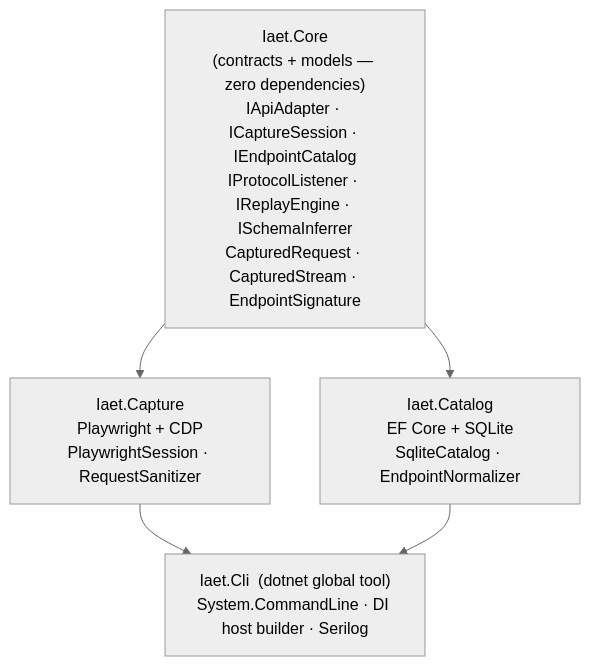
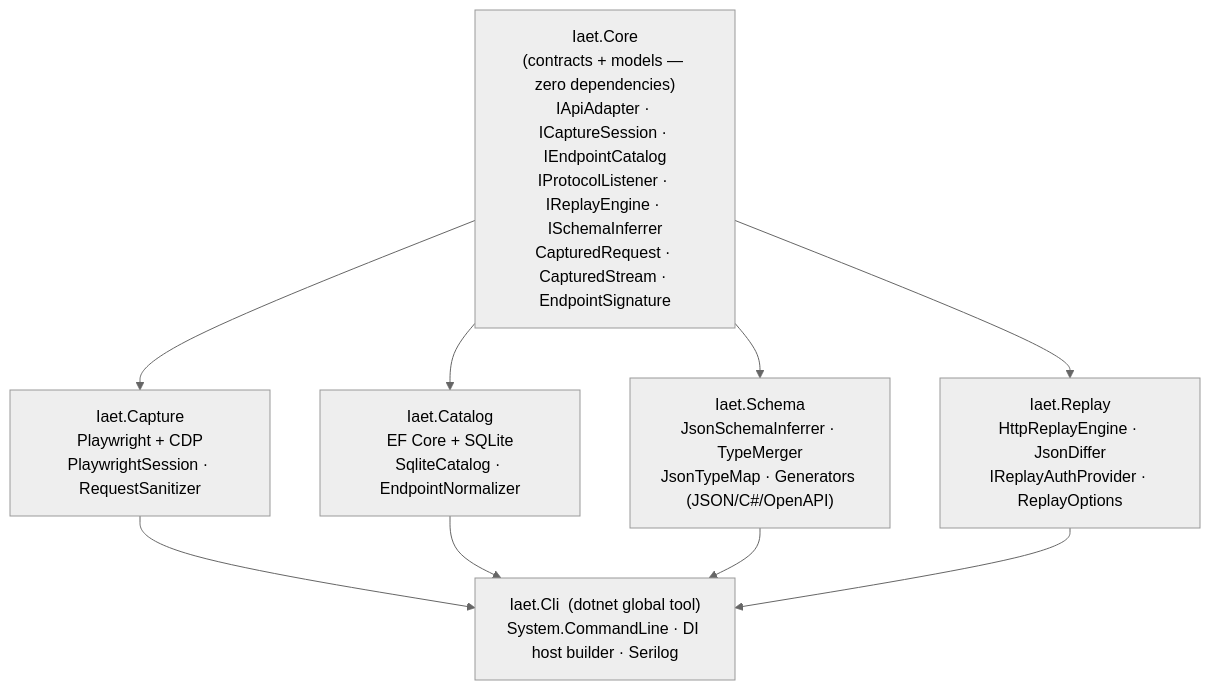
The diagram in README.md (mmackelprang/IAET), drawn with Mermaid (neutral theme) before and after one commit. The commit also changed other lines of this file and 37 other files, not shown here.

First line of the commit message:
Phase 3: Schema Inference + HTTP Replay (#2)

````diff
--- a/README.md
+++ b/README.md
@@ -72,21 +96,31 @@
 ```mermaid
 graph TD
     Core["Iaet.Core
 (contracts + models — zero dependencies)
 IApiAdapter · ICaptureSession · IEndpointCatalog
 IProtocolListener · IReplayEngine · ISchemaInferrer
 CapturedRequest · CapturedStream · EndpointSignature"]
     Capture["Iaet.Capture
 Playwright + CDP
 PlaywrightSession · RequestSanitizer"]
     Catalog["Iaet.Catalog
 EF Core + SQLite
 SqliteCatalog · EndpointNormalizer"]
+    Schema["Iaet.Schema
+JsonSchemaInferrer · TypeMerger
+JsonTypeMap · Generators (JSON/C#/OpenAPI)"]
+    Replay["Iaet.Replay
+HttpReplayEngine · JsonDiffer
+IReplayAuthProvider · ReplayOptions"]
     Cli["Iaet.Cli  (dotnet global tool)
 System.CommandLine · DI host builder · Serilog"]
 
     Core --> Capture
     Core --> Catalog
+    Core --> Schema
+    Core --> Replay
     Capture --> Cli
     Catalog --> Cli
+    Schema --> Cli
+    Replay --> Cli
 ```
````
